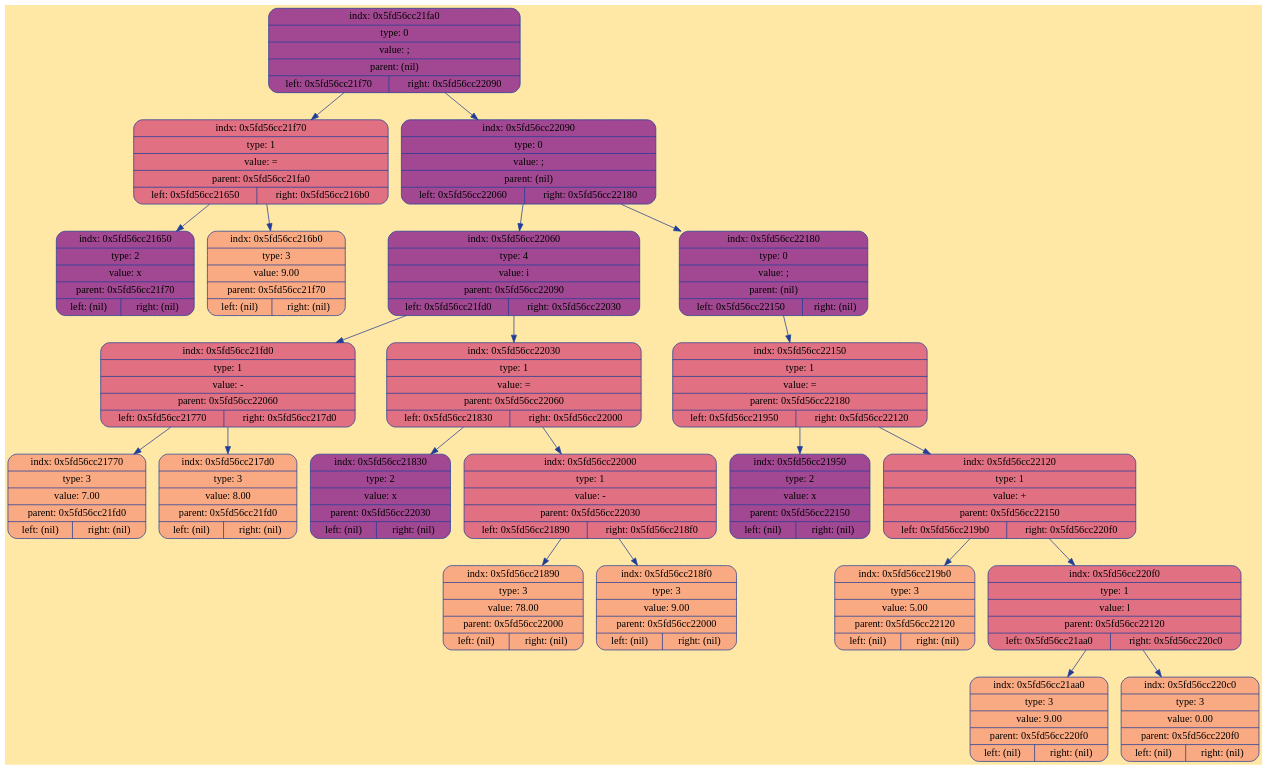
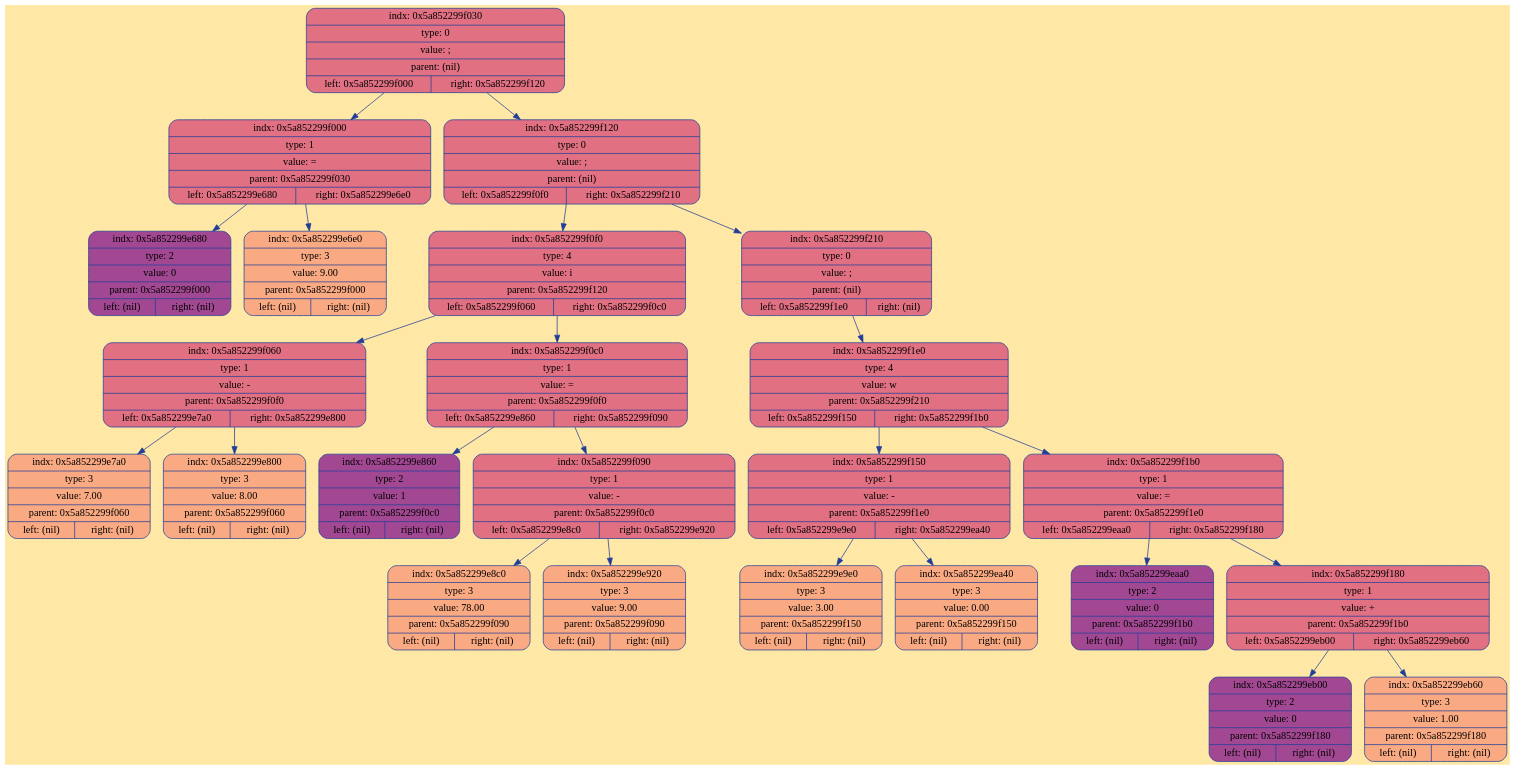
Before and after one commit to ksshkh/language: the diagram in frontend/debug/tree.dot, drawn with Graphviz. The commit also changed 6 other files, not shown here.

```diff
--- a/frontend/debug/tree.dot
+++ b/frontend/debug/tree.dot
@@ -1,49 +1,53 @@
 digraph Tree {
 	rankdir = TB;
 	node [shape = record];
 	edge [color = "#203D98"];
 	bgcolor = "#FFE7A5";
-	node0x5fd56cc21fa0 [color = "#203D98", shape = Mrecord, style = filled, fillcolor = "#A24892", label = "{indx: 0x5fd56cc21fa0 | type: 0 | value: ; | parent: (nil) | { left: 0x5fd56cc21f70 | right: 0x5fd56cc22090}}"];
-		node0x5fd56cc21fa0 -> node0x5fd56cc21f70
-	node0x5fd56cc21f70 [color = "#203D98", shape = Mrecord, style = filled, fillcolor = "#E07082", label = "{indx: 0x5fd56cc21f70 | type: 1 | value: = | parent: 0x5fd56cc21fa0 | { left: 0x5fd56cc21650 | right: 0x5fd56cc216b0}}"];
-		node0x5fd56cc21f70 -> node0x5fd56cc21650
-	node0x5fd56cc21650 [color = "#203D98", shape = Mrecord, style = filled, fillcolor = "#A24892", label = "{indx: 0x5fd56cc21650 | type: 2 | value: x | parent: 0x5fd56cc21f70 | { left: (nil) | right: (nil)}}"];
-		node0x5fd56cc21f70 -> node0x5fd56cc216b0
-	node0x5fd56cc216b0 [color = "#203D98", shape = Mrecord, style = filled, fillcolor = "#FAAA82", label = "{indx: 0x5fd56cc216b0 | type: 3 | value: 9.00 | parent: 0x5fd56cc21f70 | { left: (nil) | right: (nil)}}"];
-		node0x5fd56cc21fa0 -> node0x5fd56cc22090
-	node0x5fd56cc22090 [color = "#203D98", shape = Mrecord, style = filled, fillcolor = "#A24892", label = "{indx: 0x5fd56cc22090 | type: 0 | value: ; | parent: (nil) | { left: 0x5fd56cc22060 | right: 0x5fd56cc22180}}"];
-		node0x5fd56cc22090 -> node0x5fd56cc22060
-	node0x5fd56cc22060 [color = "#203D98", shape = Mrecord, style = filled, fillcolor = "#A24892", label = "{indx: 0x5fd56cc22060 | type: 4 | value: i | parent: 0x5fd56cc22090 | { left: 0x5fd56cc21fd0 | right: 0x5fd56cc22030}}"];
-		node0x5fd56cc22060 -> node0x5fd56cc21fd0
-	node0x5fd56cc21fd0 [color = "#203D98", shape = Mrecord, style = filled, fillcolor = "#E07082", label = "{indx: 0x5fd56cc21fd0 | type: 1 | value: - | parent: 0x5fd56cc22060 | { left: 0x5fd56cc21770 | right: 0x5fd56cc217d0}}"];
-		node0x5fd56cc21fd0 -> node0x5fd56cc21770
-	node0x5fd56cc21770 [color = "#203D98", shape = Mrecord, style = filled, fillcolor = "#FAAA82", label = "{indx: 0x5fd56cc21770 | type: 3 | value: 7.00 | parent: 0x5fd56cc21fd0 | { left: (nil) | right: (nil)}}"];
-		node0x5fd56cc21fd0 -> node0x5fd56cc217d0
-	node0x5fd56cc217d0 [color = "#203D98", shape = Mrecord, style = filled, fillcolor = "#FAAA82", label = "{indx: 0x5fd56cc217d0 | type: 3 | value: 8.00 | parent: 0x5fd56cc21fd0 | { left: (nil) | right: (nil)}}"];
-		node0x5fd56cc22060 -> node0x5fd56cc22030
-	node0x5fd56cc22030 [color = "#203D98", shape = Mrecord, style = filled, fillcolor = "#E07082", label = "{indx: 0x5fd56cc22030 | type: 1 | value: = | parent: 0x5fd56cc22060 | { left: 0x5fd56cc21830 | right: 0x5fd56cc22000}}"];
-		node0x5fd56cc22030 -> node0x5fd56cc21830
-	node0x5fd56cc21830 [color = "#203D98", shape = Mrecord, style = filled, fillcolor = "#A24892", label = "{indx: 0x5fd56cc21830 | type: 2 | value: x | parent: 0x5fd56cc22030 | { left: (nil) | right: (nil)}}"];
-		node0x5fd56cc22030 -> node0x5fd56cc22000
-	node0x5fd56cc22000 [color = "#203D98", shape = Mrecord, style = filled, fillcolor = "#E07082", label = "{indx: 0x5fd56cc22000 | type: 1 | value: - | parent: 0x5fd56cc22030 | { left: 0x5fd56cc21890 | right: 0x5fd56cc218f0}}"];
-		node0x5fd56cc22000 -> node0x5fd56cc21890
-	node0x5fd56cc21890 [color = "#203D98", shape = Mrecord, style = filled, fillcolor = "#FAAA82", label = "{indx: 0x5fd56cc21890 | type: 3 | value: 78.00 | parent: 0x5fd56cc22000 | { left: (nil) | right: (nil)}}"];
-		node0x5fd56cc22000 -> node0x5fd56cc218f0
-	node0x5fd56cc218f0 [color = "#203D98", shape = Mrecord, style = filled, fillcolor = "#FAAA82", label = "{indx: 0x5fd56cc218f0 | type: 3 | value: 9.00 | parent: 0x5fd56cc22000 | { left: (nil) | right: (nil)}}"];
-		node0x5fd56cc22090 -> node0x5fd56cc22180
-	node0x5fd56cc22180 [color = "#203D98", shape = Mrecord, style = filled, fillcolor = "#A24892", label = "{indx: 0x5fd56cc22180 | type: 0 | value: ; | parent: (nil) | { left: 0x5fd56cc22150 | right: (nil)}}"];
-		node0x5fd56cc22180 -> node0x5fd56cc22150
-	node0x5fd56cc22150 [color = "#203D98", shape = Mrecord, style = filled, fillcolor = "#E07082", label = "{indx: 0x5fd56cc22150 | type: 1 | value: = | parent: 0x5fd56cc22180 | { left: 0x5fd56cc21950 | right: 0x5fd56cc22120}}"];
-		node0x5fd56cc22150 -> node0x5fd56cc21950
-	node0x5fd56cc21950 [color = "#203D98", shape = Mrecord, style = filled, fillcolor = "#A24892", label = "{indx: 0x5fd56cc21950 | type: 2 | value: x | parent: 0x5fd56cc22150 | { left: (nil) | right: (nil)}}"];
-		node0x5fd56cc22150 -> node0x5fd56cc22120
-	node0x5fd56cc22120 [color = "#203D98", shape = Mrecord, style = filled, fillcolor = "#E07082", label = "{indx: 0x5fd56cc22120 | type: 1 | value: + | parent: 0x5fd56cc22150 | { left: 0x5fd56cc219b0 | right: 0x5fd56cc220f0}}"];
-		node0x5fd56cc22120 -> node0x5fd56cc219b0
-	node0x5fd56cc219b0 [color = "#203D98", shape = Mrecord, style = filled, fillcolor = "#FAAA82", label = "{indx: 0x5fd56cc219b0 | type: 3 | value: 5.00 | parent: 0x5fd56cc22120 | { left: (nil) | right: (nil)}}"];
-		node0x5fd56cc22120 -> node0x5fd56cc220f0
-	node0x5fd56cc220f0 [color = "#203D98", shape = Mrecord, style = filled, fillcolor = "#E07082", label = "{indx: 0x5fd56cc220f0 | type: 1 | value: l | parent: 0x5fd56cc22120 | { left: 0x5fd56cc21aa0 | right: 0x5fd56cc220c0}}"];
-		node0x5fd56cc220f0 -> node0x5fd56cc21aa0
-	node0x5fd56cc21aa0 [color = "#203D98", shape = Mrecord, style = filled, fillcolor = "#FAAA82", label = "{indx: 0x5fd56cc21aa0 | type: 3 | value: 9.00 | parent: 0x5fd56cc220f0 | { left: (nil) | right: (nil)}}"];
-		node0x5fd56cc220f0 -> node0x5fd56cc220c0
-	node0x5fd56cc220c0 [color = "#203D98", shape = Mrecord, style = filled, fillcolor = "#FAAA82", label = "{indx: 0x5fd56cc220c0 | type: 3 | value: 0.00 | parent: 0x5fd56cc220f0 | { left: (nil) | right: (nil)}}"];
+	node0x5a852299f030 [color = "#203D98", shape = Mrecord, style = filled, fillcolor = "#E07082", label = "{indx: 0x5a852299f030 | type: 0 | value: ; | parent: (nil) | { left: 0x5a852299f000 | right: 0x5a852299f120}}"];
+		node0x5a852299f030 -> node0x5a852299f000
+	node0x5a852299f000 [color = "#203D98", shape = Mrecord, style = filled, fillcolor = "#E07082", label = "{indx: 0x5a852299f000 | type: 1 | value: = | parent: 0x5a852299f030 | { left: 0x5a852299e680 | right: 0x5a852299e6e0}}"];
+		node0x5a852299f000 -> node0x5a852299e680
+	node0x5a852299e680 [color = "#203D98", shape = Mrecord, style = filled, fillcolor = "#A24892", label = "{indx: 0x5a852299e680 | type: 2 | value: 0 | parent: 0x5a852299f000 | { left: (nil) | right: (nil)}}"];
+		node0x5a852299f000 -> node0x5a852299e6e0
+	node0x5a852299e6e0 [color = "#203D98", shape = Mrecord, style = filled, fillcolor = "#FAAA82", label = "{indx: 0x5a852299e6e0 | type: 3 | value: 9.00 | parent: 0x5a852299f000 | { left: (nil) | right: (nil)}}"];
+		node0x5a852299f030 -> node0x5a852299f120
+	node0x5a852299f120 [color = "#203D98", shape = Mrecord, style = filled, fillcolor = "#E07082", label = "{indx: 0x5a852299f120 | type: 0 | value: ; | parent: (nil) | { left: 0x5a852299f0f0 | right: 0x5a852299f210}}"];
+		node0x5a852299f120 -> node0x5a852299f0f0
+	node0x5a852299f0f0 [color = "#203D98", shape = Mrecord, style = filled, fillcolor = "#E07082", label = "{indx: 0x5a852299f0f0 | type: 4 | value: i | parent: 0x5a852299f120 | { left: 0x5a852299f060 | right: 0x5a852299f0c0}}"];
+		node0x5a852299f0f0 -> node0x5a852299f060
+	node0x5a852299f060 [color = "#203D98", shape = Mrecord, style = filled, fillcolor = "#E07082", label = "{indx: 0x5a852299f060 | type: 1 | value: - | parent: 0x5a852299f0f0 | { left: 0x5a852299e7a0 | right: 0x5a852299e800}}"];
+		node0x5a852299f060 -> node0x5a852299e7a0
+	node0x5a852299e7a0 [color = "#203D98", shape = Mrecord, style = filled, fillcolor = "#FAAA82", label = "{indx: 0x5a852299e7a0 | type: 3 | value: 7.00 | parent: 0x5a852299f060 | { left: (nil) | right: (nil)}}"];
+		node0x5a852299f060 -> node0x5a852299e800
+	node0x5a852299e800 [color = "#203D98", shape = Mrecord, style = filled, fillcolor = "#FAAA82", label = "{indx: 0x5a852299e800 | type: 3 | value: 8.00 | parent: 0x5a852299f060 | { left: (nil) | right: (nil)}}"];
+		node0x5a852299f0f0 -> node0x5a852299f0c0
+	node0x5a852299f0c0 [color = "#203D98", shape = Mrecord, style = filled, fillcolor = "#E07082", label = "{indx: 0x5a852299f0c0 | type: 1 | value: = | parent: 0x5a852299f0f0 | { left: 0x5a852299e860 | right: 0x5a852299f090}}"];
+		node0x5a852299f0c0 -> node0x5a852299e860
+	node0x5a852299e860 [color = "#203D98", shape = Mrecord, style = filled, fillcolor = "#A24892", label = "{indx: 0x5a852299e860 | type: 2 | value: 1 | parent: 0x5a852299f0c0 | { left: (nil) | right: (nil)}}"];
+		node0x5a852299f0c0 -> node0x5a852299f090
+	node0x5a852299f090 [color = "#203D98", shape = Mrecord, style = filled, fillcolor = "#E07082", label = "{indx: 0x5a852299f090 | type: 1 | value: - | parent: 0x5a852299f0c0 | { left: 0x5a852299e8c0 | right: 0x5a852299e920}}"];
+		node0x5a852299f090 -> node0x5a852299e8c0
+	node0x5a852299e8c0 [color = "#203D98", shape = Mrecord, style = filled, fillcolor = "#FAAA82", label = "{indx: 0x5a852299e8c0 | type: 3 | value: 78.00 | parent: 0x5a852299f090 | { left: (nil) | right: (nil)}}"];
+		node0x5a852299f090 -> node0x5a852299e920
+	node0x5a852299e920 [color = "#203D98", shape = Mrecord, style = filled, fillcolor = "#FAAA82", label = "{indx: 0x5a852299e920 | type: 3 | value: 9.00 | parent: 0x5a852299f090 | { left: (nil) | right: (nil)}}"];
+		node0x5a852299f120 -> node0x5a852299f210
+	node0x5a852299f210 [color = "#203D98", shape = Mrecord, style = filled, fillcolor = "#E07082", label = "{indx: 0x5a852299f210 | type: 0 | value: ; | parent: (nil) | { left: 0x5a852299f1e0 | right: (nil)}}"];
+		node0x5a852299f210 -> node0x5a852299f1e0
+	node0x5a852299f1e0 [color = "#203D98", shape = Mrecord, style = filled, fillcolor = "#E07082", label = "{indx: 0x5a852299f1e0 | type: 4 | value: w | parent: 0x5a852299f210 | { left: 0x5a852299f150 | right: 0x5a852299f1b0}}"];
+		node0x5a852299f1e0 -> node0x5a852299f150
+	node0x5a852299f150 [color = "#203D98", shape = Mrecord, style = filled, fillcolor = "#E07082", label = "{indx: 0x5a852299f150 | type: 1 | value: - | parent: 0x5a852299f1e0 | { left: 0x5a852299e9e0 | right: 0x5a852299ea40}}"];
+		node0x5a852299f150 -> node0x5a852299e9e0
+	node0x5a852299e9e0 [color = "#203D98", shape = Mrecord, style = filled, fillcolor = "#FAAA82", label = "{indx: 0x5a852299e9e0 | type: 3 | value: 3.00 | parent: 0x5a852299f150 | { left: (nil) | right: (nil)}}"];
+		node0x5a852299f150 -> node0x5a852299ea40
+	node0x5a852299ea40 [color = "#203D98", shape = Mrecord, style = filled, fillcolor = "#FAAA82", label = "{indx: 0x5a852299ea40 | type: 3 | value: 0.00 | parent: 0x5a852299f150 | { left: (nil) | right: (nil)}}"];
+		node0x5a852299f1e0 -> node0x5a852299f1b0
+	node0x5a852299f1b0 [color = "#203D98", shape = Mrecord, style = filled, fillcolor = "#E07082", label = "{indx: 0x5a852299f1b0 | type: 1 | value: = | parent: 0x5a852299f1e0 | { left: 0x5a852299eaa0 | right: 0x5a852299f180}}"];
+		node0x5a852299f1b0 -> node0x5a852299eaa0
+	node0x5a852299eaa0 [color = "#203D98", shape = Mrecord, style = filled, fillcolor = "#A24892", label = "{indx: 0x5a852299eaa0 | type: 2 | value: 0 | parent: 0x5a852299f1b0 | { left: (nil) | right: (nil)}}"];
+		node0x5a852299f1b0 -> node0x5a852299f180
+	node0x5a852299f180 [color = "#203D98", shape = Mrecord, style = filled, fillcolor = "#E07082", label = "{indx: 0x5a852299f180 | type: 1 | value: + | parent: 0x5a852299f1b0 | { left: 0x5a852299eb00 | right: 0x5a852299eb60}}"];
+		node0x5a852299f180 -> node0x5a852299eb00
+	node0x5a852299eb00 [color = "#203D98", shape = Mrecord, style = filled, fillcolor = "#A24892", label = "{indx: 0x5a852299eb00 | type: 2 | value: 0 | parent: 0x5a852299f180 | { left: (nil) | right: (nil)}}"];
+		node0x5a852299f180 -> node0x5a852299eb60
+	node0x5a852299eb60 [color = "#203D98", shape = Mrecord, style = filled, fillcolor = "#FAAA82", label = "{indx: 0x5a852299eb60 | type: 3 | value: 1.00 | parent: 0x5a852299f180 | { left: (nil) | right: (nil)}}"];
 }
```
